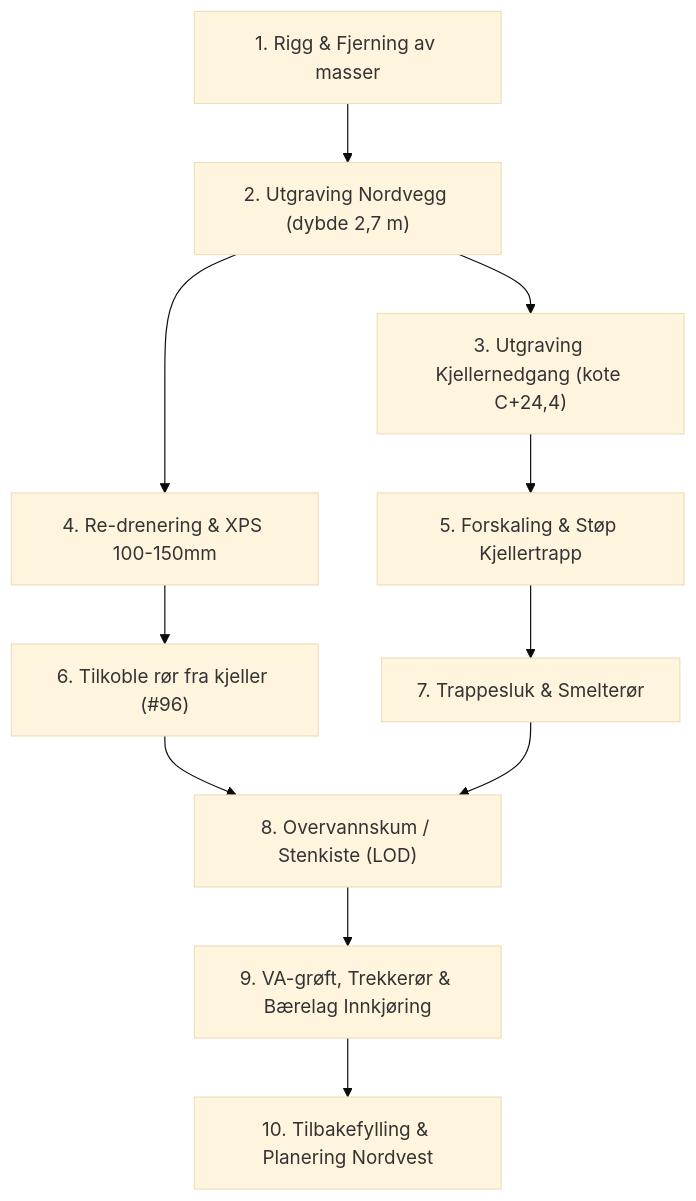
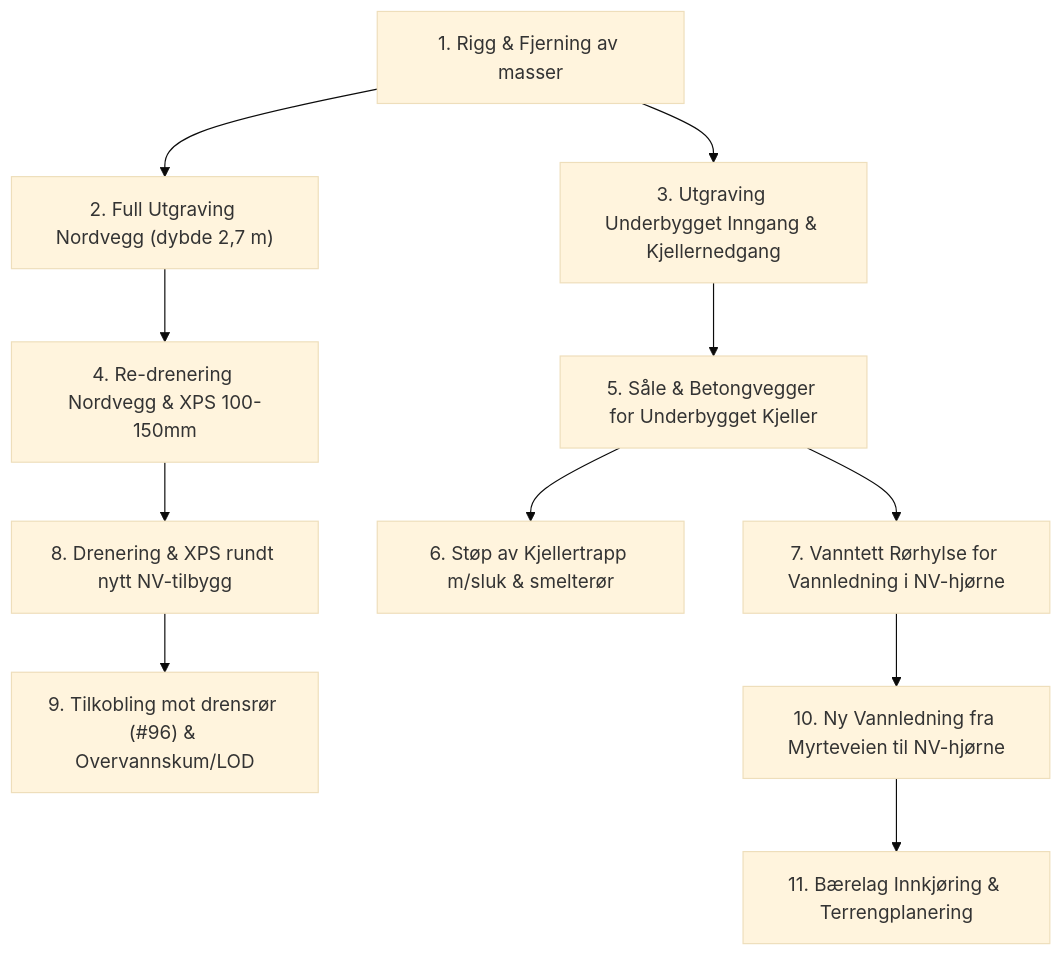
One commit to magnuskiro/m6 changed the diagram in docs/ANBUDSFORESPORSEL_GRUNNARBEIDER_NORD.md. Above: the diagram before and after it, drawn with Mermaid (base theme). The commit also changed other lines of this file, not shown here.

````diff
--- a/docs/ANBUDSFORESPORSEL_GRUNNARBEIDER_NORD.md
+++ b/docs/ANBUDSFORESPORSEL_GRUNNARBEIDER_NORD.md
@@ -45,13 +47,13 @@
 ```mermaid
 flowchart TD
-    A["1. Rigg & Fjerning av masser"] --> B["2. Utgraving Nordvegg (dybde 2,7 m)"]
-    B --> C["3. Utgraving Kjellernedgang (kote C+24,4)"]
-    B --> D["4. Re-drenering & XPS 100-150mm"]
-    C --> E["5. Forskaling & Støp Kjellertrapp"]
-    D --> F["6. Tilkoble rør fra kjeller (#96)"]
-    E --> G["7. Trappesluk & Smelterør"]
-    F --> H["8. Overvannskum / Stenkiste (LOD)"]
-    G --> H
-    H --> I["9. VA-grøft, Trekkerør & Bærelag Innkjøring"]
-    I --> J["10. Tilbakefylling & Planering Nordvest"]
+    A["1. Rigg & Fjerning av masser"] --> B["2. Full Utgraving Nordvegg (dybde 2,7 m)"]
+    A --> C["3. Utgraving Underbygget Inngang & Kjellernedgang"]
+    B --> D["4. Re-drenering Nordvegg & XPS 100-150mm"]
+    C --> E["5. Såle & Betongvegger for Underbygget Kjeller"]
+    E --> F["6. Støp av Kjellertrapp m/sluk & smelterør"]
+    E --> G["7. Vanntett Rørhylse for Vannledning i NV-hjørne"]
+    D --> H["8. Drenering & XPS rundt nytt NV-tilbygg"]
+    H --> I["9. Tilkobling mot drensrør (#96) & Overvannskum/LOD"]
+    G --> J["10. Ny Vannledning fra Myrteveien til NV-hjørne"]
+    J --> K["11. Bærelag Innkjøring & Terrengplanering"]
 ```
````
